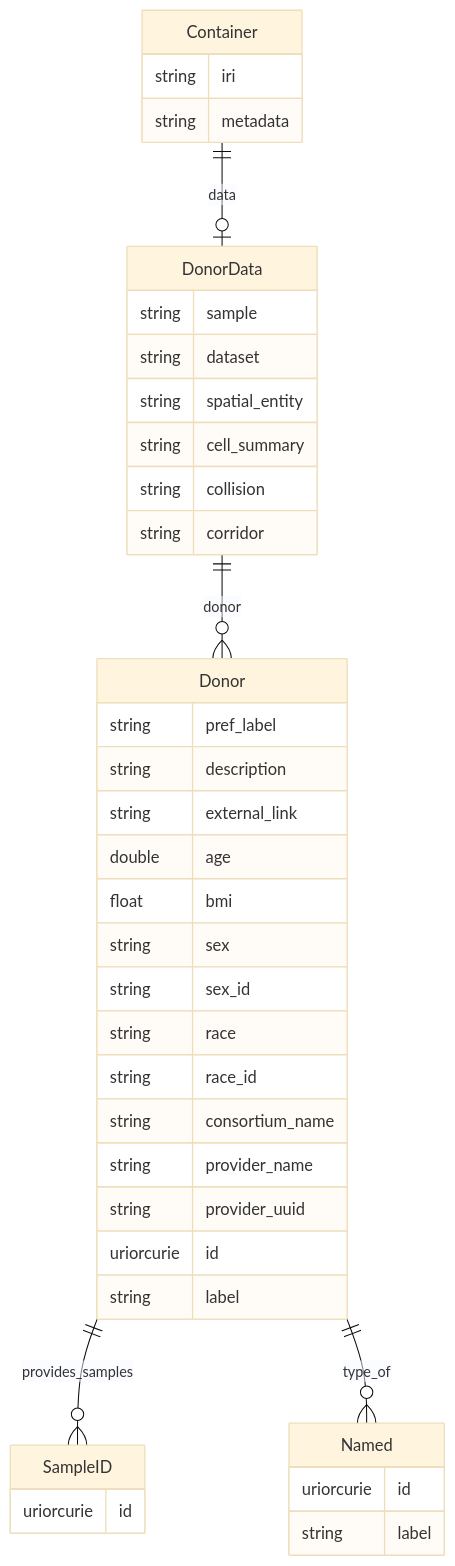
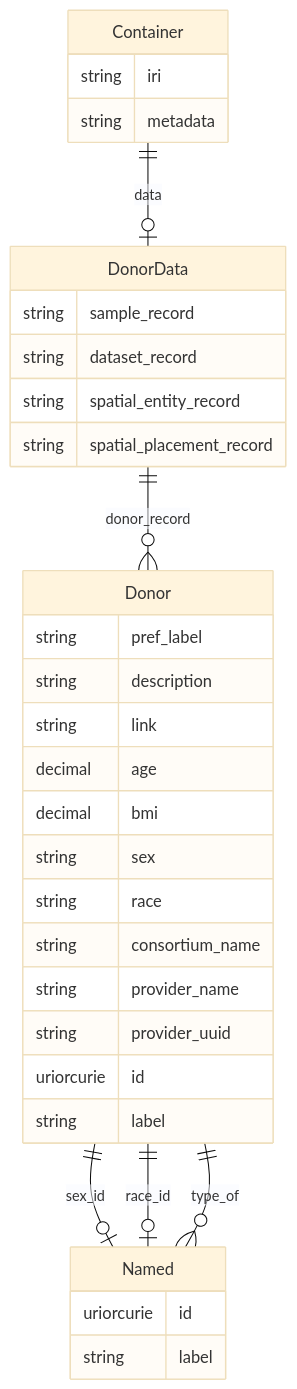
One commit to hubmapconsortium/hra-do-processor changed the tenth of 20 diagrams in er-diagrams.md. Above: the diagram before and after it, drawn with Mermaid (base theme). The commit also changed other lines of this file and 82 other files, not shown here.

````diff
--- a/er-diagrams.md
+++ b/er-diagrams.md
@@ -463,44 +788,38 @@
 ```mermaid
 erDiagram
 Container {
     string iri  
     string metadata  
 }
 DonorData {
-    string sample  
-    string dataset  
-    string spatial_entity  
-    string cell_summary  
-    string collision  
-    string corridor  
+    string sample_record  
+    string dataset_record  
+    string spatial_entity_record  
+    string spatial_placement_record  
 }
 Donor {
     string pref_label  
     string description  
-    string external_link  
-    double age  
-    float bmi  
+    string link  
+    decimal age  
+    decimal bmi  
     string sex  
-    string sex_id  
     string race  
-    string race_id  
     string consortium_name  
     string provider_name  
     string provider_uuid  
     uriorcurie id  
     string label  
 }
 Named {
     uriorcurie id  
     string label  
 }
-SampleID {
-    uriorcurie id  
-}
 
 Container ||--|o DonorData : "data"
-DonorData ||--}o Donor : "donor"
-Donor ||--}o SampleID : "provides_samples"
+DonorData ||--}o Donor : "donor_record"
+Donor ||--|o Named : "sex_id"
+Donor ||--|o Named : "race_id"
 Donor ||--}o Named : "type_of"
 
 ```
````
